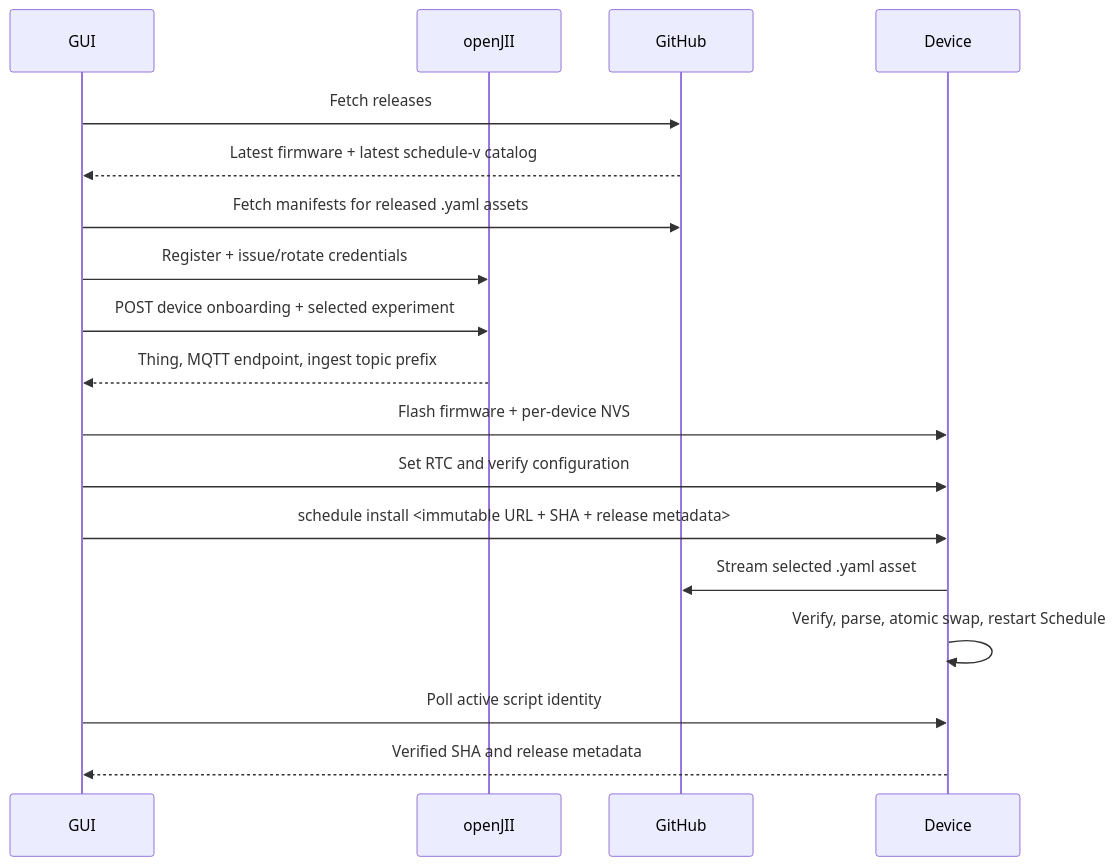
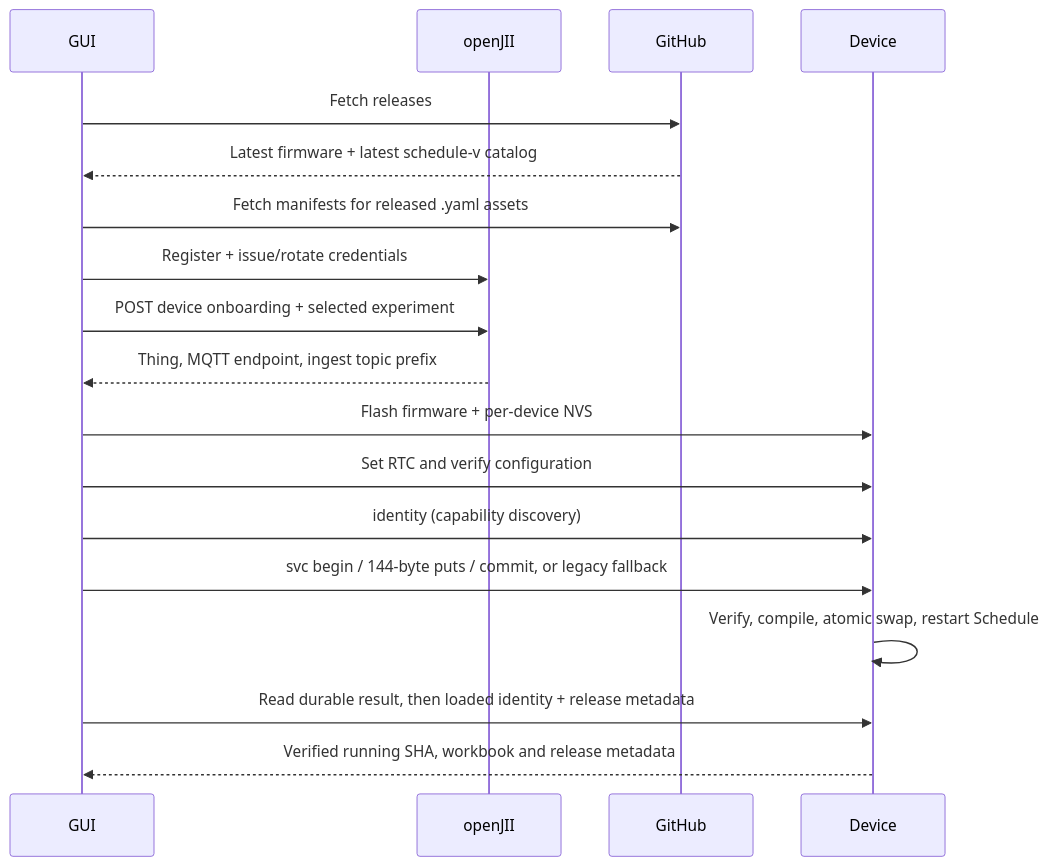
One commit to Jan-IngenHousz-Institute/ambyte-iot changed the diagram in flash_gui/README.md. Above: the diagram before and after it, drawn with Mermaid. The commit also changed other lines of this file and 135 other files, not shown here.

First line of the commit message:
feat(service): add the bounded USB service mode with durable results and crash-safe schedule install (#83)

````diff
--- a/flash_gui/README.md
+++ b/flash_gui/README.md
@@ -310,20 +351,20 @@
 ```mermaid
 sequenceDiagram
     participant GUI
     participant openJII
     participant GitHub
     participant Device
     GUI->>GitHub: Fetch releases
     GitHub-->>GUI: Latest firmware + latest schedule-v catalog
     GUI->>GitHub: Fetch manifests for released .yaml assets
     GUI->>openJII: Register + issue/rotate credentials
     GUI->>openJII: POST device onboarding + selected experiment
     openJII-->>GUI: Thing, MQTT endpoint, ingest topic prefix
     GUI->>Device: Flash firmware + per-device NVS
     GUI->>Device: Set RTC and verify configuration
-    GUI->>Device: schedule install <immutable URL + SHA + release metadata>
-    Device->>GitHub: Stream selected .yaml asset
-    Device->>Device: Verify, parse, atomic swap, restart Schedule
-    GUI->>Device: Poll active script identity
-    Device-->>GUI: Verified SHA and release metadata
+    GUI->>Device: identity (capability discovery)
+    GUI->>Device: svc begin / 144-byte puts / commit, or legacy fallback
+    Device->>Device: Verify, compile, atomic swap, restart Schedule
+    GUI->>Device: Read durable result, then loaded identity + release metadata
+    Device-->>GUI: Verified running SHA, workbook and release metadata
 ```
````
